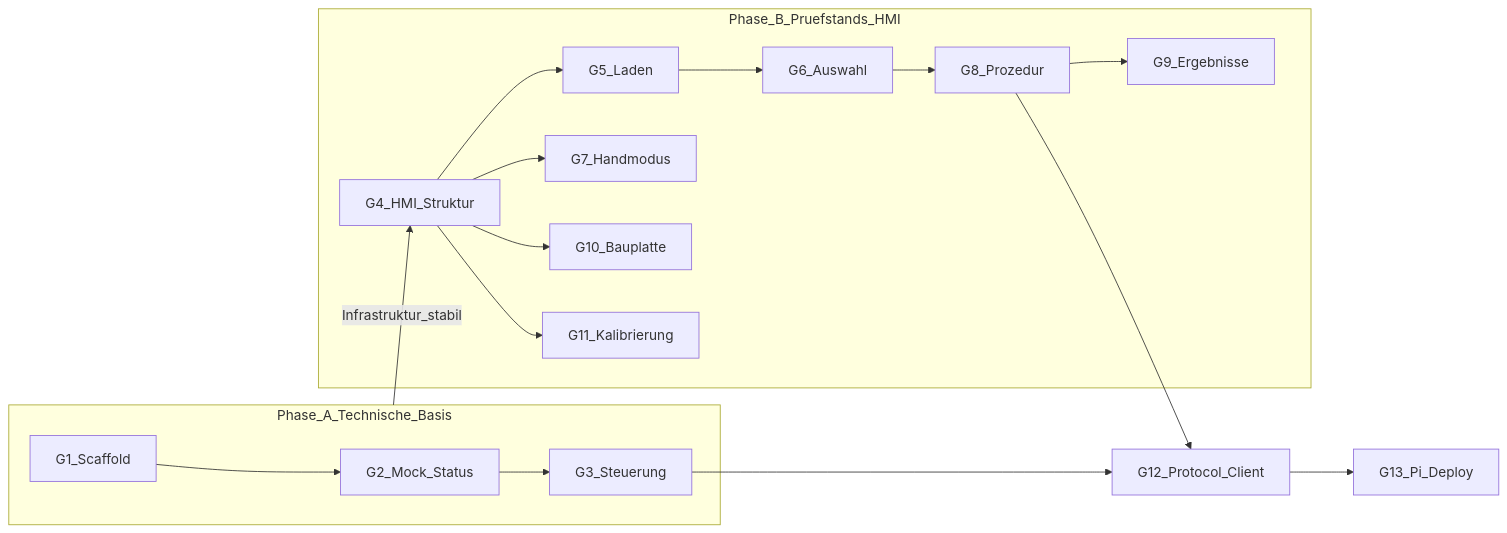
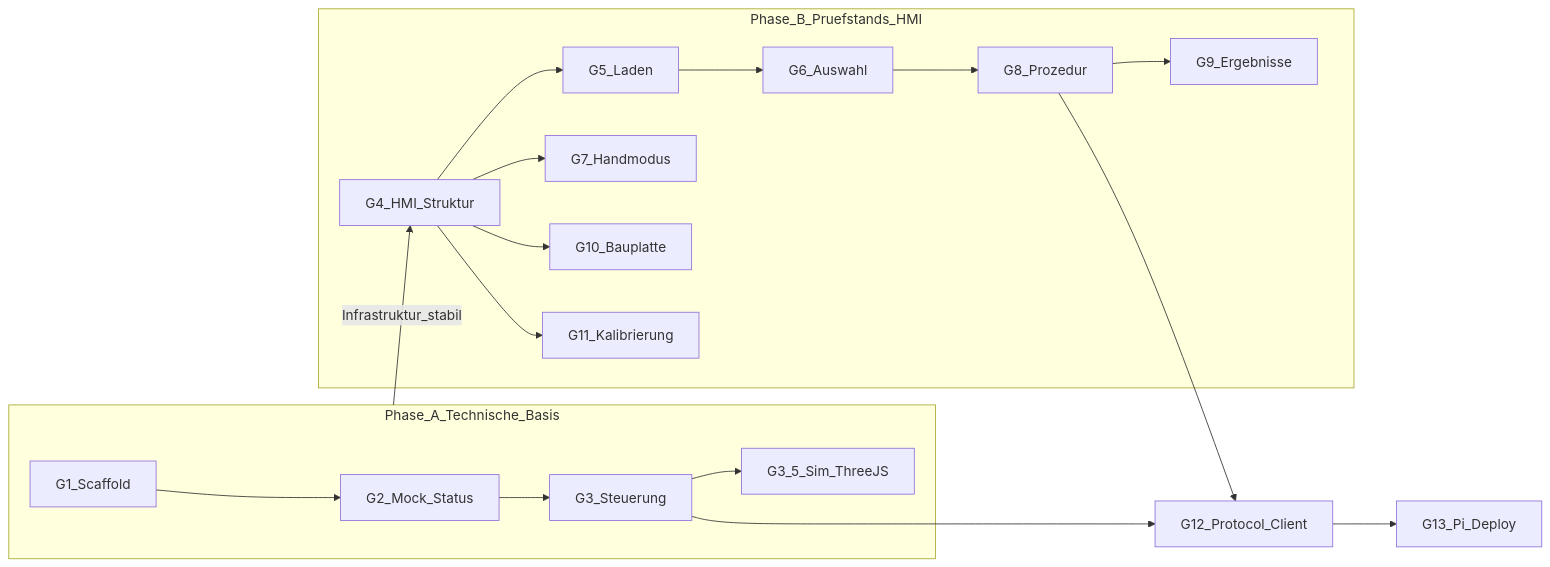
Before and after one commit to PaulStark2/TEC___Abzugsmessgeraet_V2: the diagram in .cursor/plans/gui_architektur_vorschlag_01912cab.plan.md, drawn with Mermaid. The commit also changed other lines of this file and 14 other files, not shown here.

Commit message:
- Implemented an interactive Sim Host (M8.5) controlled by an interactive GUI gate (Cursor Roadmap M8.5 + G3.5)

````diff
--- a/.cursor/plans/gui_architektur_vorschlag_01912cab.plan.md
+++ b/.cursor/plans/gui_architektur_vorschlag_01912cab.plan.md
@@ -58,28 +61,28 @@
 ```mermaid
 flowchart LR
   subgraph phaseA [Phase_A_Technische_Basis]
     G1[G1_Scaffold]
     G2[G2_Mock_Status]
     G3[G3_Steuerung]
-    G1 --> G2 --> G3
+    G1 --> G2 --> G3 --> G35[G3_5_Sim_ThreeJS]
   end
   subgraph phaseB [Phase_B_Pruefstands_HMI]
     G4[G4_HMI_Struktur]
     G5[G5_Laden]
     G6[G6_Auswahl]
     G7[G7_Handmodus]
     G8[G8_Prozedur]
     G9[G9_Ergebnisse]
     G10[G10_Bauplatte]
     G11[G11_Kalibrierung]
     G4 --> G5 --> G6
     G4 --> G7
     G6 --> G8 --> G9
     G4 --> G10
     G4 --> G11
   end
   phaseA -->|"Infrastruktur_stabil"| G4
   G3 --> G12[G12_Protocol_Client]
   G8 --> G12
   G12 --> G13[G13_Pi_Deploy]
 ```
````
